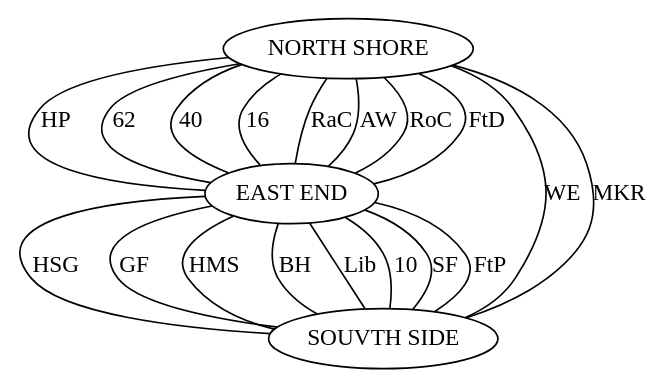
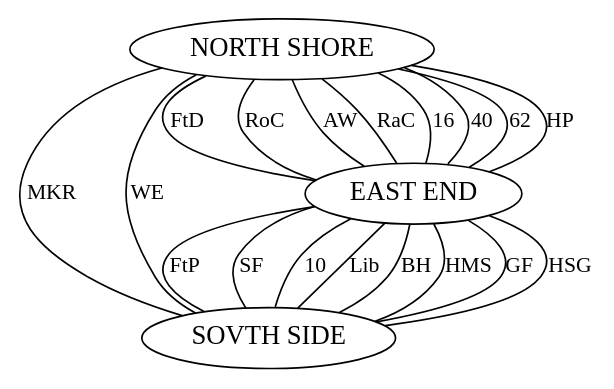
The diagram in koenigs/graph.dot (bblum/sigbovik), drawn with Graphviz before and after one commit. The commit also changed other lines of this file and 2 other files, not shown here.

```diff
--- a/koenigs/graph.dot
+++ b/koenigs/graph.dot
@@ -1,34 +1,35 @@
 // a east end
 // b north
 // c south
 graph kpbp {
-	a[label = "NORTH SHORE" fontname = "OldNewspaperTypes" ]
-	b[label = "EAST END" fontname = "OldNewspaperTypes" ]
-	c[label = "SOUVTH SIDE" fontname = "OldNewspaperTypes" ]
+	ranksep=0.5;
+	a[fontsize=16 label = "NORTH SHORE" fontname = "OldNewspaperTypes" ordering = "out" ]
+	b[fontsize=16 label = "EAST END" fontname = "OldNewspaperTypes" ordering = "out" ]
+	c[fontsize=16 label = "SOVTH SIDE" fontname = "OldNewspaperTypes" ]
 	//a -- b; // 32nd
 
-	a -- b [fontname = "OldNewspaperTypes" label = "HP"]; // highland
-	a -- b [fontname = "OldNewspaperTypes" label = "62"]; // 5xth st
-	a -- b [fontname = "OldNewspaperTypes" label = "40"]; // 40th st
+	a -- c [fontsize=13 weight = 3 fontname = "OldNewspaperTypes" label = "MKR"]; // mckees rocks
+	a -- c [fontsize=13 weight = 1 fontname = "OldNewspaperTypes" label = "WE"]; // west end
 
-	a -- b [fontname = "OldNewspaperTypes" label = "16"]; // 16th
-	a -- b [fontname = "OldNewspaperTypes" label = "RaC"]; // carson
-	a -- b [fontname = "OldNewspaperTypes" label = "AW"]; // clemente
-	a -- b [fontname = "OldNewspaperTypes" label = "RoC"]; // the other twin
-	a -- b [fontname = "OldNewspaperTypes" label = "FtD"]; // ft pitt
+	a -- b [fontsize=13 fontname = "OldNewspaperTypes" label = "FtD"]; // ft pitt
+	a -- b [fontsize=13 fontname = "OldNewspaperTypes" label = "RoC"]; // the other twin
+	a -- b [fontsize=13 fontname = "OldNewspaperTypes" label = "AW"]; // clemente
+	a -- b [fontsize=13 fontname = "OldNewspaperTypes" label = "RaC"]; // carson
+	a -- b [fontsize=13 fontname = "OldNewspaperTypes" label = "16"]; // 16th
 
-	a -- c [fontname = "OldNewspaperTypes" label = "WE"]; // west end
-	a -- c [fontname = "OldNewspaperTypes" label = "MKR"]; // mckees rocks
+	a -- b [fontsize=13 fontname = "OldNewspaperTypes" label = "40"]; // 40th st
+	a -- b [fontsize=13 fontname = "OldNewspaperTypes" label = "62"]; // 5xth st
+	a -- b [fontsize=13 fontname = "OldNewspaperTypes" label = "HP"]; // highland
 
-	c -- b [fontname = "OldNewspaperTypes" label = "HSG"]; // homestead
-	c -- b [fontname = "OldNewspaperTypes" label = "GF"]; // greenfield
-	c -- b [fontname = "OldNewspaperTypes" label = "HMS"]; // hot metal saint
-	c -- b [fontname = "OldNewspaperTypes" label = "BH"]; // birmingham
-	c -- b [fontname = "OldNewspaperTypes" label = "Lib"]; // libiberty
-	c -- b [fontname = "OldNewspaperTypes" label = "10"]; // 10th st
-	c -- b [fontname = "OldNewspaperTypes" label = "SF"]; // smithfield
-	c -- b [fontname = "OldNewspaperTypes" label = "FtP"]; // ft duquesne
+	c -- b [fontsize=13 fontname = "OldNewspaperTypes" label = "FtP"]; // ft duquesne
+	c -- b [fontsize=13 fontname = "OldNewspaperTypes" label = "SF"]; // smithfield
+	c -- b [fontsize=13 fontname = "OldNewspaperTypes" label = "10"]; // 10th st
+	c -- b [fontsize=13 fontname = "OldNewspaperTypes" label = "Lib"]; // libiberty
+	c -- b [fontsize=13 fontname = "OldNewspaperTypes" label = "BH"]; // birmingham
+	c -- b [fontsize=13 fontname = "OldNewspaperTypes" label = "HMS"]; // hot metal saint
+	c -- b [fontsize=13 fontname = "OldNewspaperTypes" label = "GF"]; // greenfield
+	c -- b [fontsize=13 fontname = "OldNewspaperTypes" label = "HSG"]; // homestead
 
 	{ rank=min; a }
 	{ rank=max; c }
 }
```
